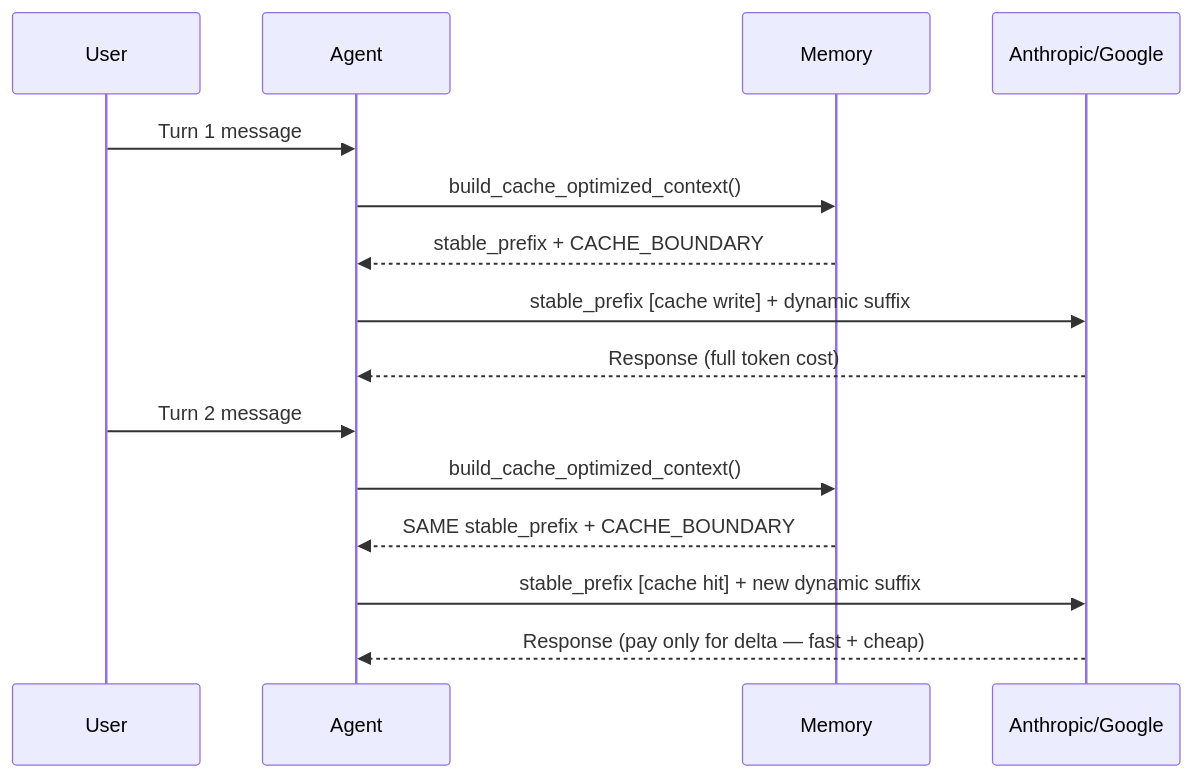
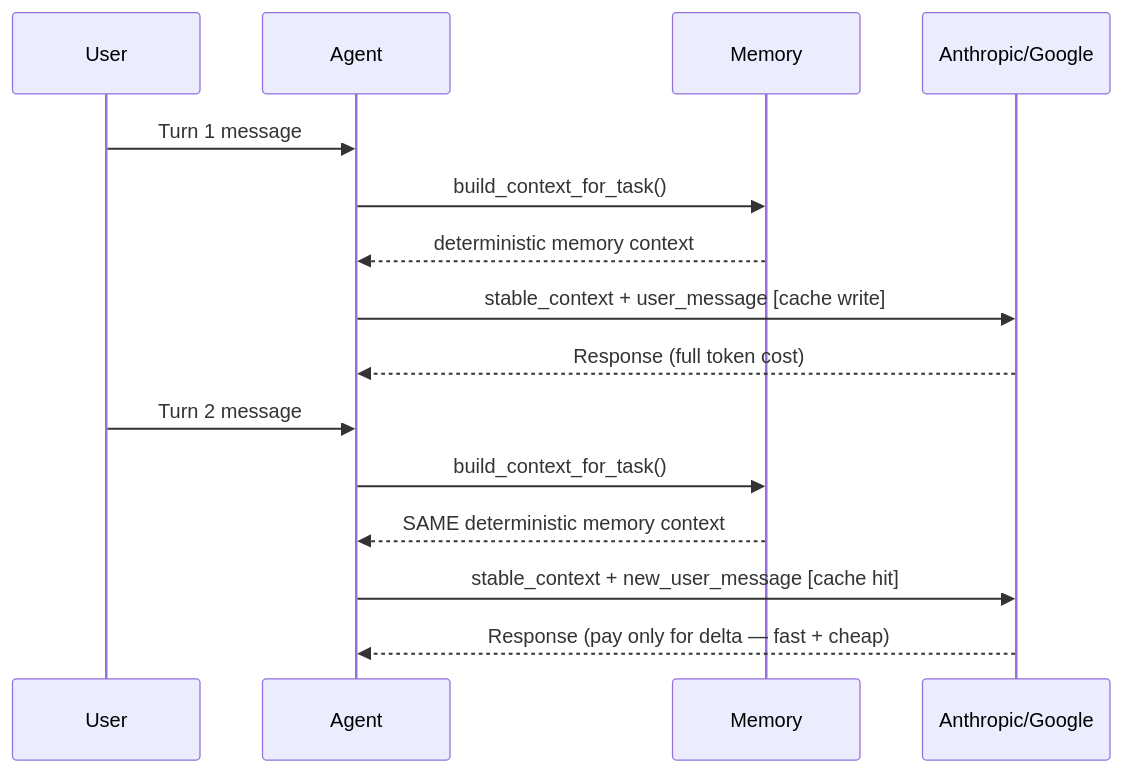
One commit to MervinPraison/PraisonAIDocs changed the second of 2 diagrams in docs/features/prompt-caching.mdx. Above: the diagram before and after it, drawn with Mermaid. The commit also changed other lines of this file and 2 other files, not shown here.

````diff
--- a/docs/features/prompt-caching.mdx
+++ b/docs/features/prompt-caching.mdx
@@ -74,19 +75,19 @@
 ```mermaid
 sequenceDiagram
     participant User
     participant Agent
     participant Memory
     participant LLM as Anthropic/Google
 
     User->>Agent: Turn 1 message
-    Agent->>Memory: build_cache_optimized_context()
-    Memory-->>Agent: stable_prefix + CACHE_BOUNDARY
-    Agent->>LLM: stable_prefix [cache write] + dynamic suffix
+    Agent->>Memory: build_context_for_task()
+    Memory-->>Agent: deterministic memory context
+    Agent->>LLM: stable_context + user_message [cache write]
     LLM-->>Agent: Response (full token cost)
 
-    User->>Agent: Turn 2 message
-    Agent->>Memory: build_cache_optimized_context()
-    Memory-->>Agent: SAME stable_prefix + CACHE_BOUNDARY
-    Agent->>LLM: stable_prefix [cache hit] + new dynamic suffix
+    User->>Agent: Turn 2 message  
+    Agent->>Memory: build_context_for_task()
+    Memory-->>Agent: SAME deterministic memory context
+    Agent->>LLM: stable_context + new_user_message [cache hit]
     LLM-->>Agent: Response (pay only for delta — fast + cheap)
 ```
````
